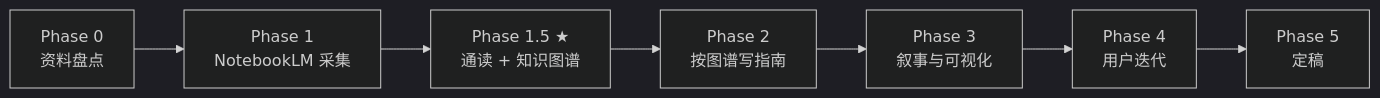
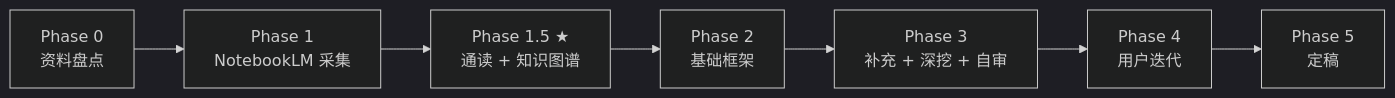
Before and after one commit to SummerS-tars/cg: the diagram in .cursor/skills/cg-course-notebooklm/docs/integration-guide.md, drawn with Mermaid (dark theme). The commit also changed other lines of this file and 8 other files, not shown here.

````diff
--- a/.cursor/skills/cg-course-notebooklm/docs/integration-guide.md
+++ b/.cursor/skills/cg-course-notebooklm/docs/integration-guide.md
@@ -12,9 +12,9 @@
 ```mermaid
 flowchart LR
     P0[Phase 0<br/>资料盘点] --> P1[Phase 1<br/>NotebookLM 采集]
     P1 --> P15[Phase 1.5 ★<br/>通读 + 知识图谱]
-    P15 --> P2[Phase 2<br/>按图谱写指南]
-    P2 --> P3[Phase 3<br/>叙事与可视化]
+    P15 --> P2[Phase 2<br/>基础框架]
+    P2 --> P3[Phase 3<br/>补充 + 深挖 + 自审]
     P3 --> P4[Phase 4<br/>用户迭代]
     P4 --> P5[Phase 5<br/>定稿]
 ```
````
